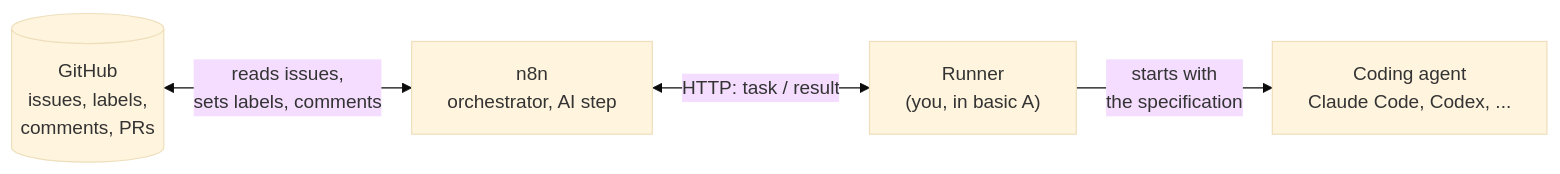
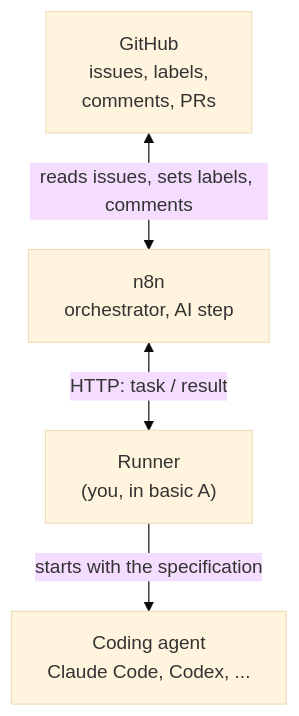
Before and after one commit to MBroholm/software-factory: the second of 2 diagrams in project-brief.md, drawn with Mermaid (base theme). The commit also changed other lines of this file and 3 other files, not shown here.

````diff
--- a/project-brief.md
+++ b/project-brief.md
@@ -128,11 +178,10 @@
 ```mermaid
-flowchart LR
-    GH[("GitHub<br/>issues, labels,<br/>comments, PRs")]
+flowchart TD
+    GH["GitHub<br/>issues, labels,<br/>comments, PRs"]
     N8N["n8n<br/>orchestrator, AI step"]
     R["Runner<br/>(you, in basic A)"]
     AG["Coding agent<br/>Claude Code, Codex, ..."]
-
-    GH <-->|"reads issues,<br/>sets labels, comments"| N8N
-    N8N <-->|HTTP: task / result| R
-    R -->|"starts with<br/>the specification"| AG
+    GH <-->|"reads issues, sets labels, comments"| N8N
+    N8N <-->|"HTTP: task / result"| R
+    R -->|"starts with the specification"| AG
 ```
````
